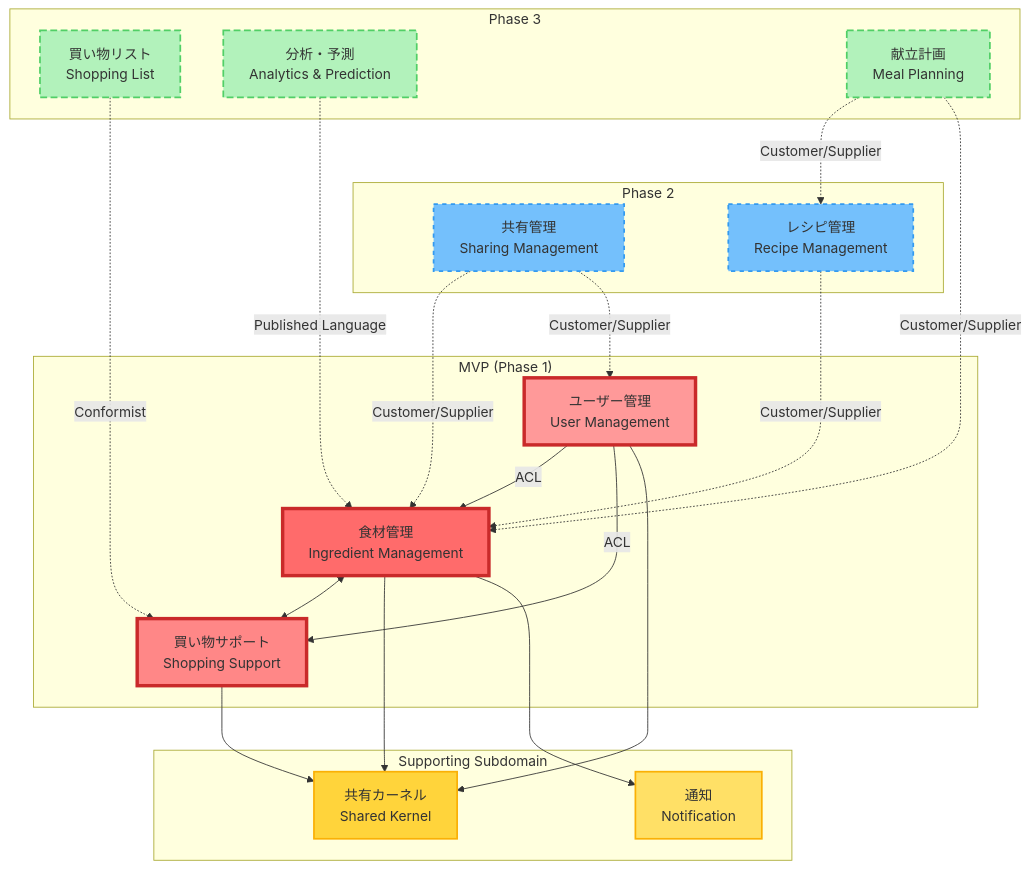
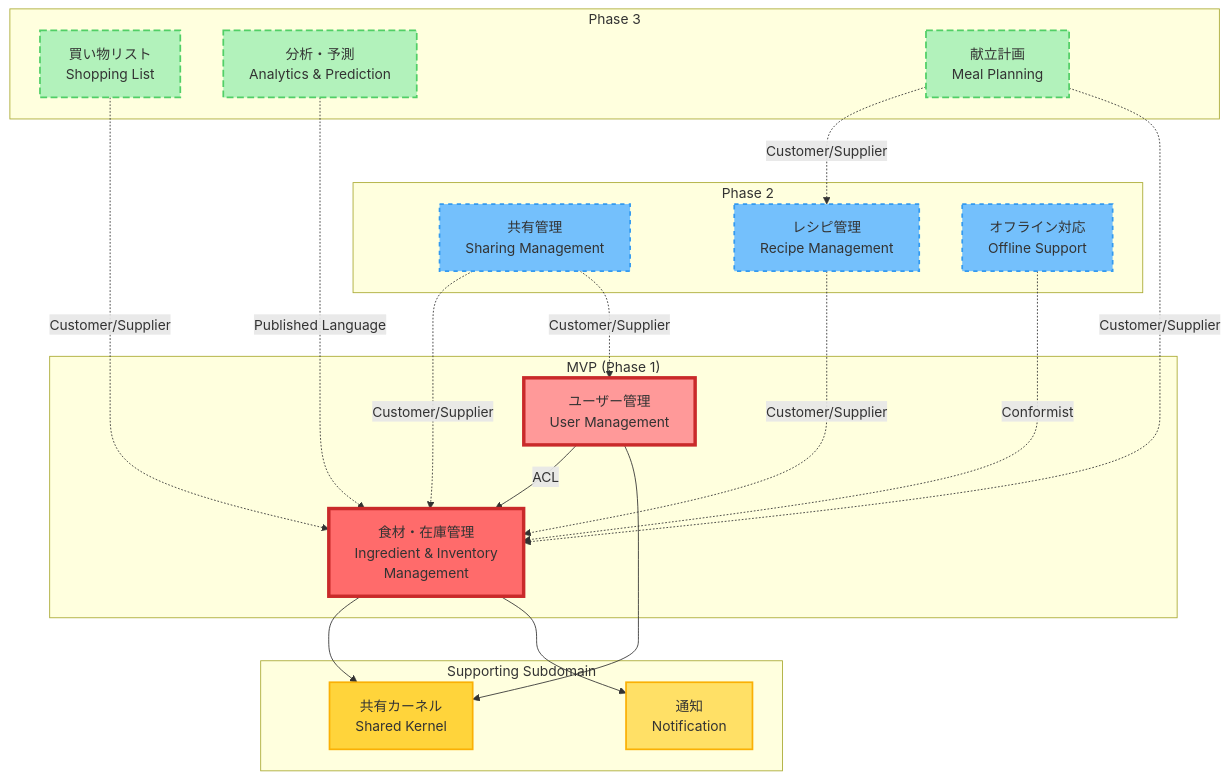
One commit to komei0727/all_in_one changed the diagram in docs/domain/overview/context-map.md. Above: the diagram before and after it, drawn with Mermaid. The commit also changed other lines of this file and 28 other files, not shown here.

````diff
--- a/docs/domain/overview/context-map.md
+++ b/docs/domain/overview/context-map.md
@@ -12,56 +16,54 @@
 ```mermaid
 graph TB
     subgraph "MVP (Phase 1)"
-        IM[食材管理<br/>Ingredient Management]
-        SH[買い物サポート<br/>Shopping Support]
+        IIM[食材・在庫管理<br/>Ingredient & Inventory<br/>Management]
         UM[ユーザー管理<br/>User Management]
     end
 
     subgraph "Phase 2"
         SHR[共有管理<br/>Sharing Management]
         RM[レシピ管理<br/>Recipe Management]
+        OFF[オフライン対応<br/>Offline Support]
     end
 
     subgraph "Phase 3"
         SL[買い物リスト<br/>Shopping List]
         AN[分析・予測<br/>Analytics & Prediction]
         MP[献立計画<br/>Meal Planning]
     end
 
     subgraph "Supporting Subdomain"
         SK[共有カーネル<br/>Shared Kernel]
         NT[通知<br/>Notification]
     end
 
     %% MVP関係
-    IM <--> SH
-    UM -->|ACL| IM
-    UM -->|ACL| SH
-    IM --> SK
-    SH --> SK
+    UM -->|ACL| IIM
+    IIM --> SK
     UM --> SK
-    IM --> NT
+    IIM --> NT
 
     %% Phase 2関係
-    SHR -.->|Customer/Supplier| IM
+    SHR -.->|Customer/Supplier| IIM
     SHR -.->|Customer/Supplier| UM
-    RM -.->|Customer/Supplier| IM
+    RM -.->|Customer/Supplier| IIM
+    OFF -.->|Conformist| IIM
 
     %% Phase 3関係
-    SL -.->|Conformist| SH
-    AN -.->|Published Language| IM
+    SL -.->|Customer/Supplier| IIM
+    AN -.->|Published Language| IIM
     MP -.->|Customer/Supplier| RM
-    MP -.->|Customer/Supplier| IM
+    MP -.->|Customer/Supplier| IIM
 
     %% スタイリング
-    style IM fill:#ff6b6b,stroke:#c92a2a,stroke-width:4px
-    style SH fill:#ff8787,stroke:#c92a2a,stroke-width:4px
+    style IIM fill:#ff6b6b,stroke:#c92a2a,stroke-width:4px
     style UM fill:#ff9999,stroke:#c92a2a,stroke-width:4px
     style SK fill:#ffd43b,stroke:#fab005,stroke-width:2px
     style NT fill:#ffe066,stroke:#fab005,stroke-width:2px
     style SHR fill:#74c0fc,stroke:#339af0,stroke-width:2px,stroke-dasharray: 5 5
     style RM fill:#74c0fc,stroke:#339af0,stroke-width:2px,stroke-dasharray: 5 5
+    style OFF fill:#74c0fc,stroke:#339af0,stroke-width:2px,stroke-dasharray: 5 5
     style SL fill:#b2f2bb,stroke:#51cf66,stroke-width:2px,stroke-dasharray: 8 4
     style AN fill:#b2f2bb,stroke:#51cf66,stroke-width:2px,stroke-dasharray: 8 4
     style MP fill:#b2f2bb,stroke:#51cf66,stroke-width:2px,stroke-dasharray: 8 4
 ```
````
